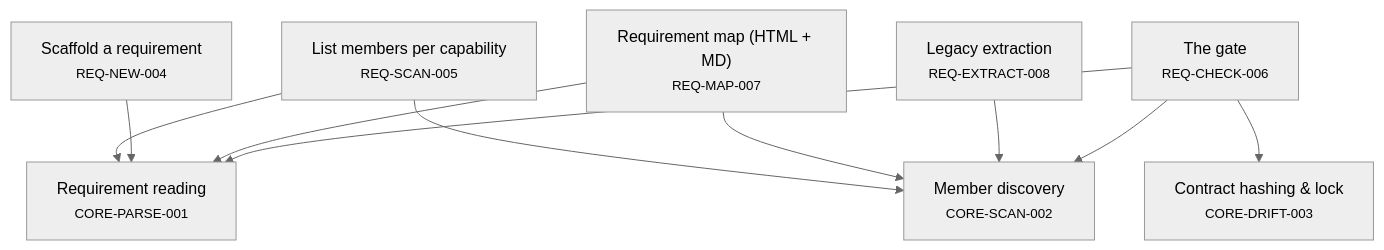
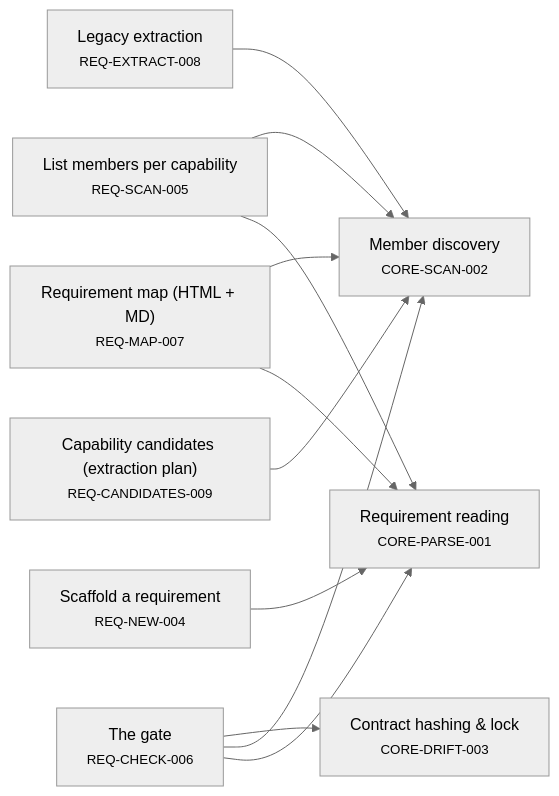
Before and after one commit to alxmax/Requirement-manager: the fourth of 5 diagrams in plugin/requirements/_map.md, drawn with Mermaid (neutral theme). The commit also changed other lines of this file and 2 other files, not shown here.

````diff
--- a/plugin/requirements/_map.md
+++ b/plugin/requirements/_map.md
@@ -122,20 +133,22 @@
 ```mermaid
-graph TD
+graph LR
+  REQ_CANDIDATES_009["Capability candidates (extraction plan)<br><small>REQ-CANDIDATES-009</small>"]
+  CORE_SCAN_002["Member discovery<br><small>CORE-SCAN-002</small>"]
+  REQ_CANDIDATES_009 --> CORE_SCAN_002
   REQ_CHECK_006["The gate<br><small>REQ-CHECK-006</small>"]
   CORE_PARSE_001["Requirement reading<br><small>CORE-PARSE-001</small>"]
   REQ_CHECK_006 --> CORE_PARSE_001
-  CORE_SCAN_002["Member discovery<br><small>CORE-SCAN-002</small>"]
   REQ_CHECK_006 --> CORE_SCAN_002
   CORE_DRIFT_003["Contract hashing & lock<br><small>CORE-DRIFT-003</small>"]
   REQ_CHECK_006 --> CORE_DRIFT_003
   REQ_EXTRACT_008["Legacy extraction<br><small>REQ-EXTRACT-008</small>"]
   REQ_EXTRACT_008 --> CORE_SCAN_002
   REQ_MAP_007["Requirement map (HTML + MD)<br><small>REQ-MAP-007</small>"]
   REQ_MAP_007 --> CORE_PARSE_001
   REQ_MAP_007 --> CORE_SCAN_002
   REQ_NEW_004["Scaffold a requirement<br><small>REQ-NEW-004</small>"]
   REQ_NEW_004 --> CORE_PARSE_001
   REQ_SCAN_005["List members per capability<br><small>REQ-SCAN-005</small>"]
   REQ_SCAN_005 --> CORE_PARSE_001
   REQ_SCAN_005 --> CORE_SCAN_002
 ```
````
